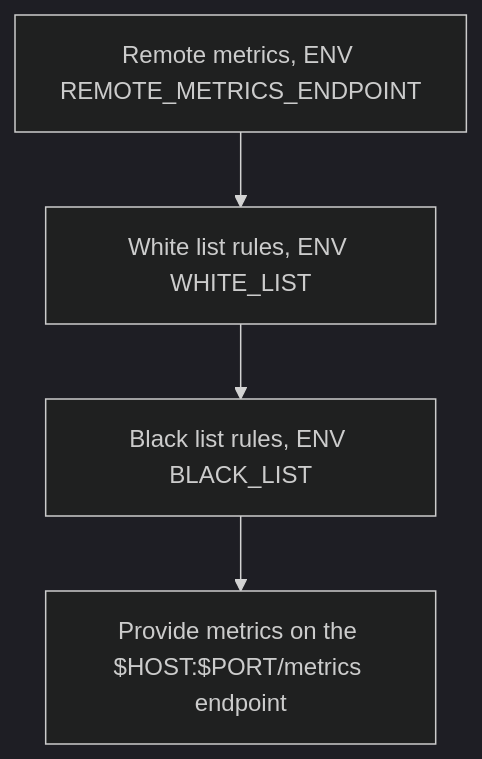
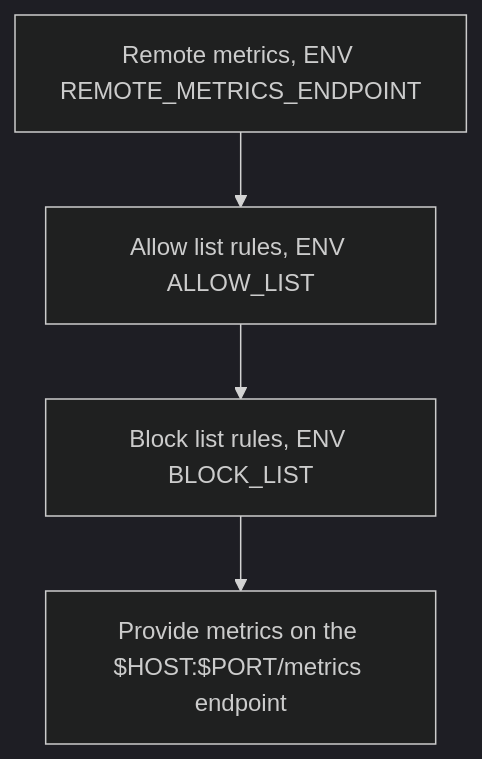
Before and after one commit to ganochenkodg/metrics-filter: the diagram in README.md, drawn with Mermaid (dark theme). The commit also changed other lines of this file and 6 other files, not shown here.

````diff
--- a/README.md
+++ b/README.md
@@ -7,7 +7,7 @@
 ```mermaid
 graph TD
     A[Remote metrics, ENV REMOTE_METRICS_ENDPOINT] -->B
-    B[White list rules, ENV WHITE_LIST] --> C
-    C[Black list rules, ENV BLACK_LIST] --> D
+    B[Allow list rules, ENV ALLOW_LIST] --> C
+    C[Block list rules, ENV BLOCK_LIST] --> D
     D[Provide metrics on the $HOST:$PORT/metrics endpoint]
 ```
````
